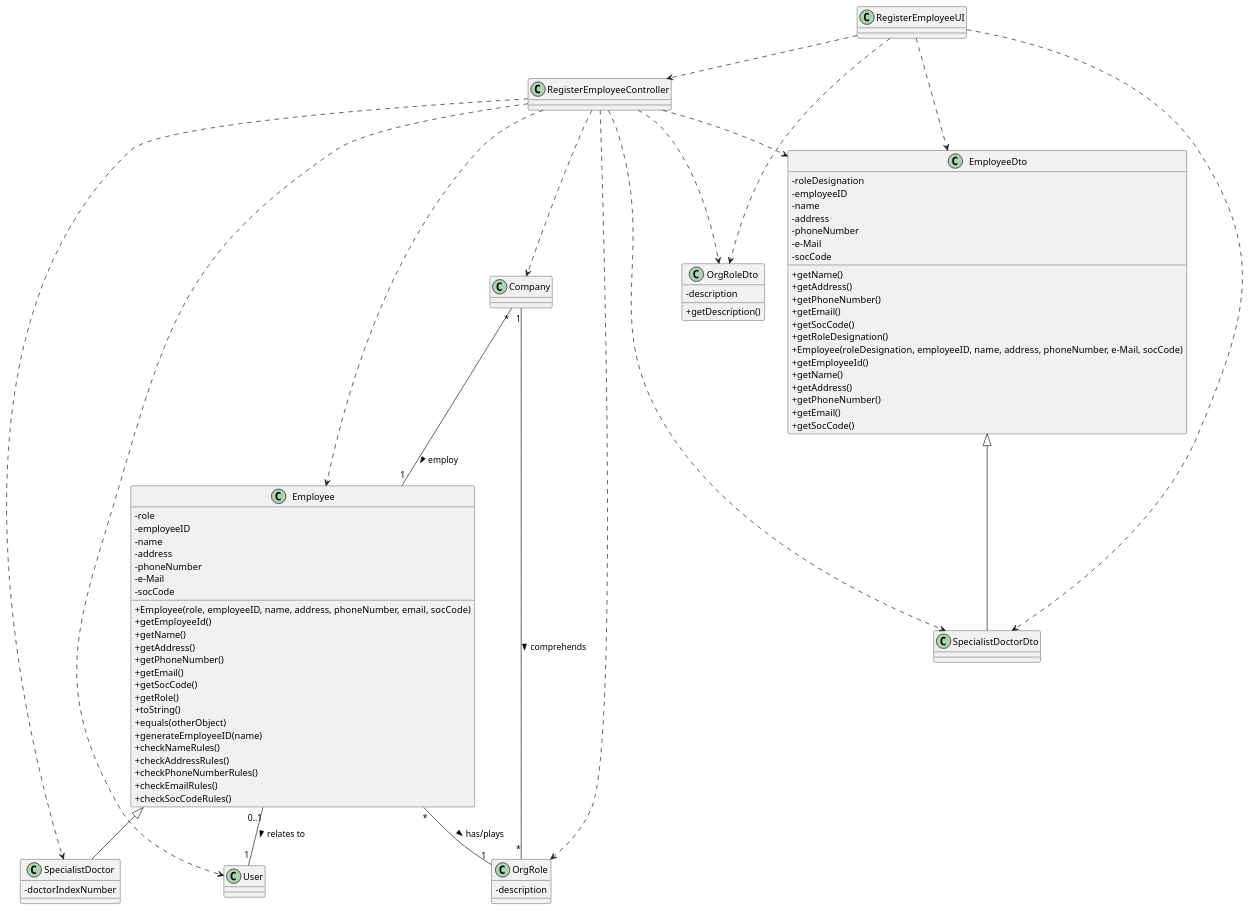
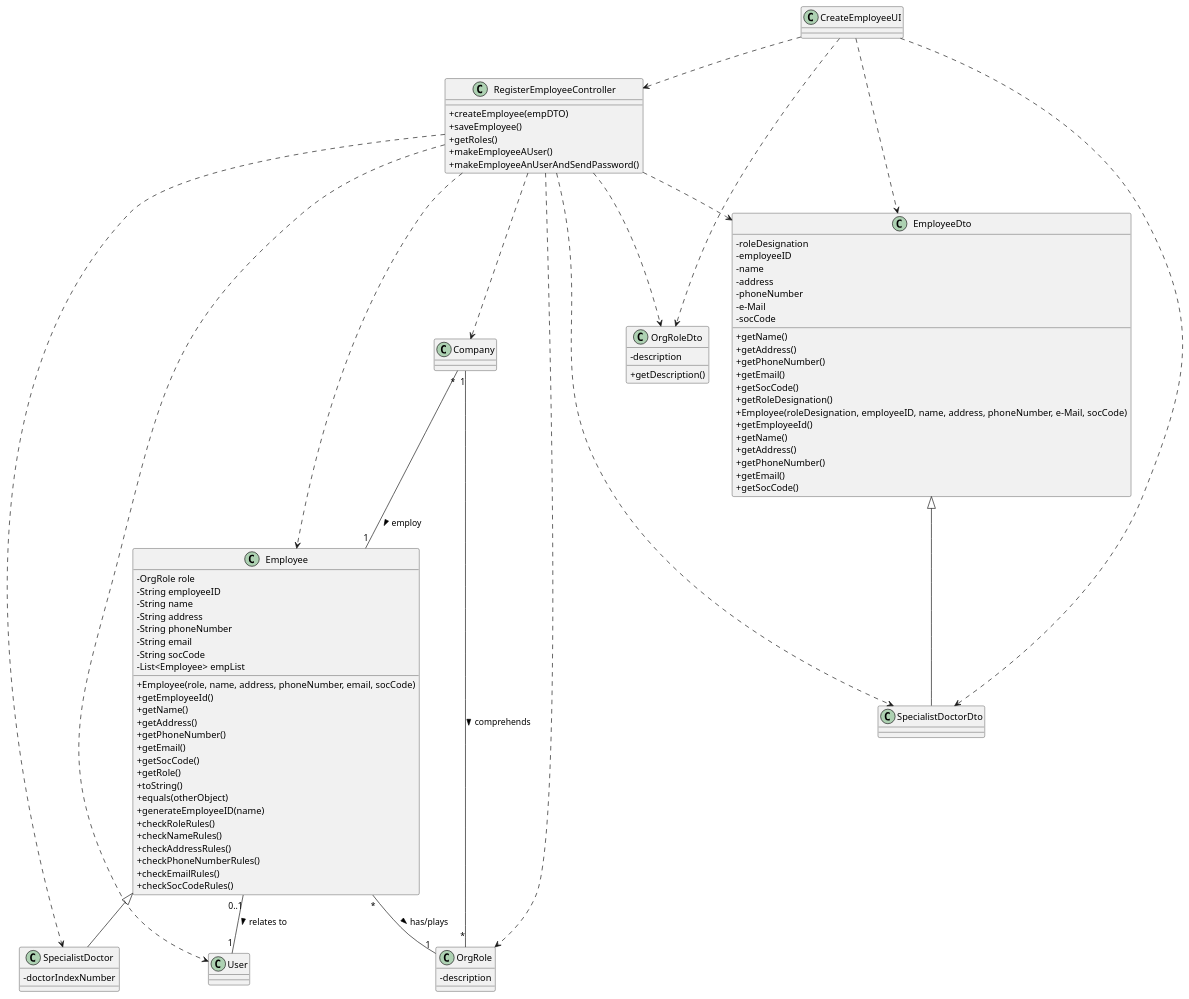
One commit to ana-albergaria/LAPR2-ISEP changed the diagram in docs/SprintB/US_7/US7_CD.puml. Above: the diagram before and after it, drawn with PlantUML. The commit also changed 1 other file, not shown here.

```diff
--- a/docs/SprintB/US_7/US7_CD.puml
+++ b/docs/SprintB/US_7/US7_CD.puml
@@ -1,103 +1,110 @@
 @startuml
 skinparam classAttributeIconSize 0
 
-class RegisterEmployeeUI {
+class CreateEmployeeUI {
 }
 
 class RegisterEmployeeController {
++createEmployee(empDTO)
++saveEmployee()
++getRoles()
++makeEmployeeAUser()
++makeEmployeeAnUserAndSendPassword()
 }
 
 class Employee {
-- role
-- employeeID
-- name
-- address
-- phoneNumber
-- e-Mail
-- socCode
-+Employee(role, employeeID, name, address, phoneNumber, email, socCode)
+- OrgRole role
+- String employeeID
+- String name
+- String address
+- String phoneNumber
+- String email
+- String socCode
+- List<Employee> empList
++Employee(role, name, address, phoneNumber, email, socCode)
 +getEmployeeId()
 +getName()
 +getAddress()
 +getPhoneNumber()
 +getEmail()
 +getSocCode()
 +getRole()
 +toString()
 +equals(otherObject)
 +generateEmployeeID(name)
++checkRoleRules()
 +checkNameRules()
 +checkAddressRules()
 +checkPhoneNumberRules()
 +checkEmailRules()
 +checkSocCodeRules()
 
 
 }
 
 class SpecialistDoctor {
 - doctorIndexNumber
 }
 
 class OrgRole {
 - description
 }
 
 class OrgRoleDto {
 - description
 + getDescription()
 }
 
 class EmployeeDto {
 - roleDesignation
 - employeeID
 - name
 - address
 - phoneNumber
 - e-Mail
 - socCode
 +getName()
 +getAddress()
 +getPhoneNumber()
 +getEmail()
 +getSocCode()
 +getRoleDesignation()
 +Employee(roleDesignation, employeeID, name, address, phoneNumber, e-Mail, socCode)
 +getEmployeeId()
 +getName()
 +getAddress()
 +getPhoneNumber()
 +getEmail()
 +getSocCode()
 }
 
 class SpecialistDoctorDto {
 }
 
 class User {
 }
 
-RegisterEmployeeUI ..> RegisterEmployeeController
+CreateEmployeeUI ..> RegisterEmployeeController
 Employee <|-- SpecialistDoctor
 RegisterEmployeeController ..> Employee
 RegisterEmployeeController ..> SpecialistDoctor
-RegisterEmployeeUI ..> EmployeeDto
-RegisterEmployeeUI ..> SpecialistDoctorDto
+CreateEmployeeUI ..> EmployeeDto
+CreateEmployeeUI ..> SpecialistDoctorDto
 RegisterEmployeeController ..> EmployeeDto
 RegisterEmployeeController ..> SpecialistDoctorDto
 RegisterEmployeeController ..> OrgRoleDto
-RegisterEmployeeUI ..> OrgRoleDto
+CreateEmployeeUI ..> OrgRoleDto
 RegisterEmployeeController ..> Company
 RegisterEmployeeController ..> OrgRole
 
 EmployeeDto <|-- SpecialistDoctorDto
 
 Employee "*" -- "1" OrgRole : has/plays >
 Company "1" -- "*" OrgRole : comprehends >
 Company "*" -- "1" Employee : employ >
 Employee "0..1" -- "1" User : relates to >
 
 RegisterEmployeeController ..> User
 
 
 @enduml
```
